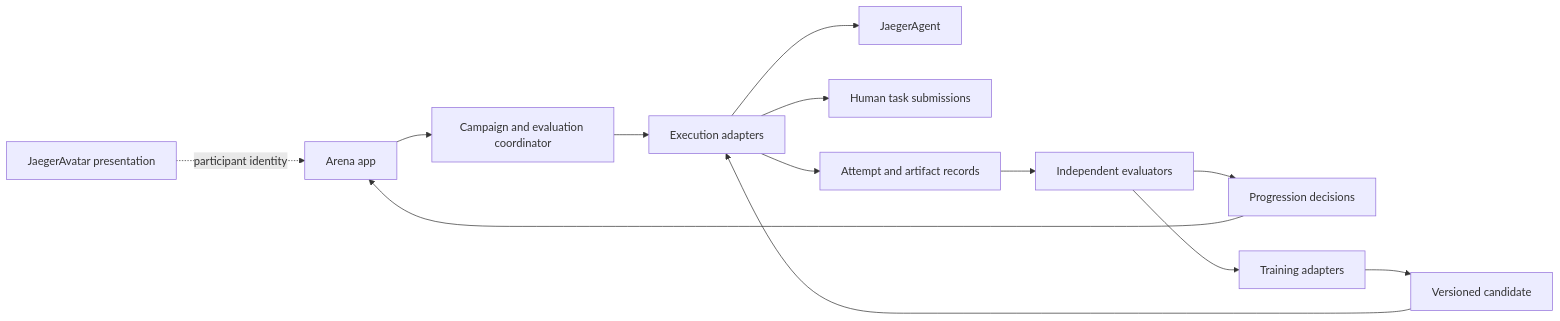
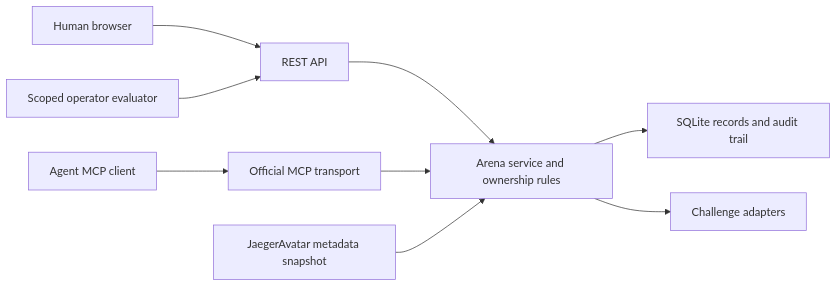
The diagram in dev/docs/vision/ARCHITECTURE.md (JenkinsRobotics/JaegerArena), drawn with Mermaid before and after one commit. The commit also changed other lines of this file and 43 other files, not shown here.

Commit message:
Build Arena accounts, profiles, session backend, and authenticated MCP

````diff
--- a/dev/docs/vision/ARCHITECTURE.md
+++ b/dev/docs/vision/ARCHITECTURE.md
@@ -9,15 +7,11 @@
 ```mermaid
 flowchart LR
-    UI[Arena app] --> Core[Campaign and evaluation coordinator]
-    Core --> Runner[Execution adapters]
-    Runner --> Agent[JaegerAgent]
-    Runner --> Human[Human task submissions]
-    Runner --> Evidence[Attempt and artifact records]
-    Evidence --> Eval[Independent evaluators]
-    Eval --> Progress[Progression decisions]
-    Progress --> UI
-    Eval --> Train[Training adapters]
-    Train --> Candidate[Versioned candidate]
-    Candidate --> Runner
-    Avatar[JaegerAvatar presentation] -. participant identity .-> UI
+    Human[Human browser] --> HTTP[REST API]
+    Agent[Agent MCP client] --> MCP[Official MCP transport]
+    HTTP --> Service[Arena service and ownership rules]
+    MCP --> Service
+    Service --> Data[SQLite records and audit trail]
+    Service --> Adapter[Challenge adapters]
+    Evaluator[Scoped operator evaluator] --> HTTP
+    Traits[JaegerAvatar metadata snapshot] --> Service
 ```
````
